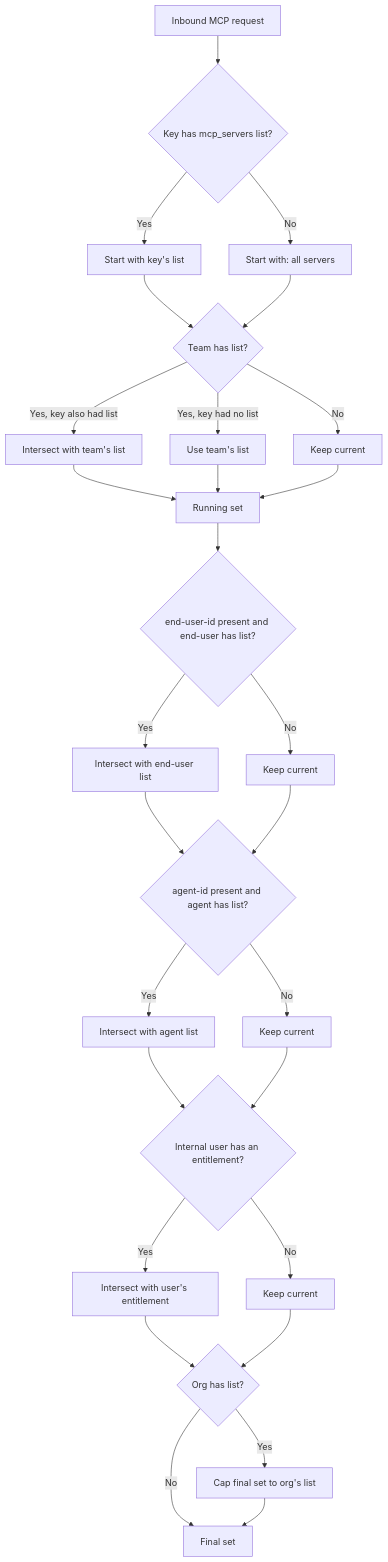
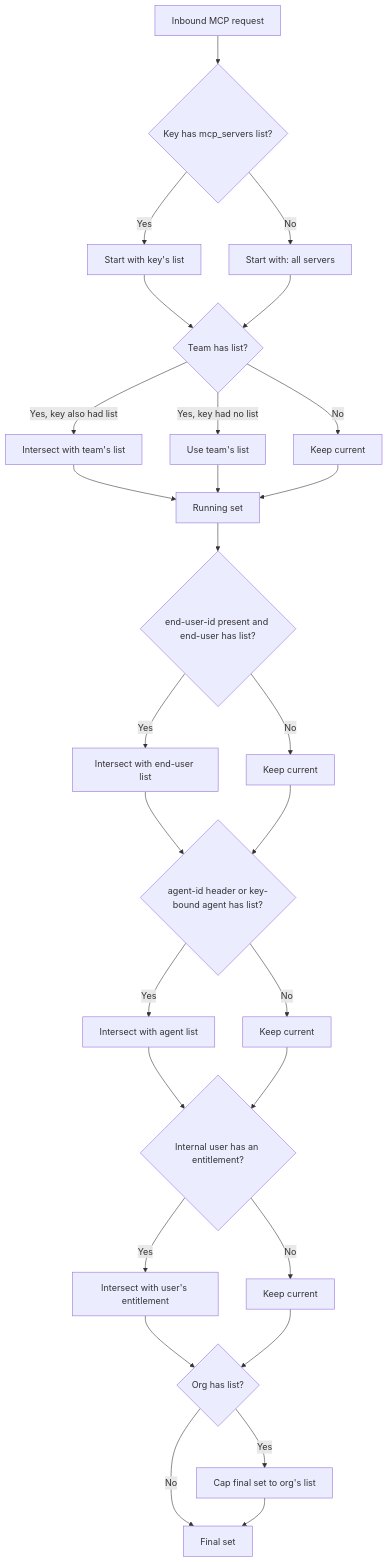
Before and after one commit to BerriAI/litellm-docs: the diagram in docs/mcp_control.md, drawn with Mermaid. The commit also changed other lines of this file, not shown here.

Commit message:
docs(mcp): state that agent-bound keys get the same permission intersection

````diff
--- a/docs/mcp_control.md
+++ b/docs/mcp_control.md
@@ -53,33 +55,33 @@
 ```mermaid
 flowchart TD
     A[Inbound MCP request] --> B{Key has mcp_servers list?}
     B -->|Yes| C[Start with key's list]
     B -->|No| D[Start with: all servers]
     C --> E{Team has list?}
     D --> E
     E -->|Yes, key also had list| F[Intersect with team's list]
     E -->|Yes, key had no list| G[Use team's list]
     E -->|No| H[Keep current]
     F --> I
     G --> I
     H --> I
     I[Running set] --> J{end-user-id present and end-user has list?}
     J -->|Yes| K[Intersect with end-user list]
     J -->|No| L[Keep current]
     K --> M
     L --> M
-    M{agent-id present and agent has list?}
+    M{agent-id header or key-bound agent has list?}
     M -->|Yes| N[Intersect with agent list]
     M -->|No| O[Keep current]
     N --> S
     O --> S
     S{Internal user has an entitlement?}
     S -->|Yes| T[Intersect with user's entitlement]
     S -->|No| U[Keep current]
     T --> P
     U --> P
     P{Org has list?}
     P -->|Yes| Q[Cap final set to org's list]
     P -->|No| R[Final set]
     Q --> R
 ```
````
